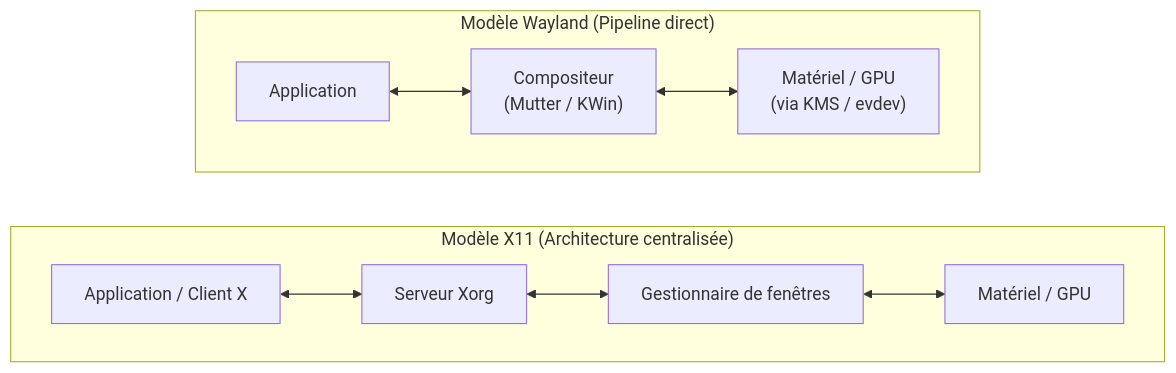
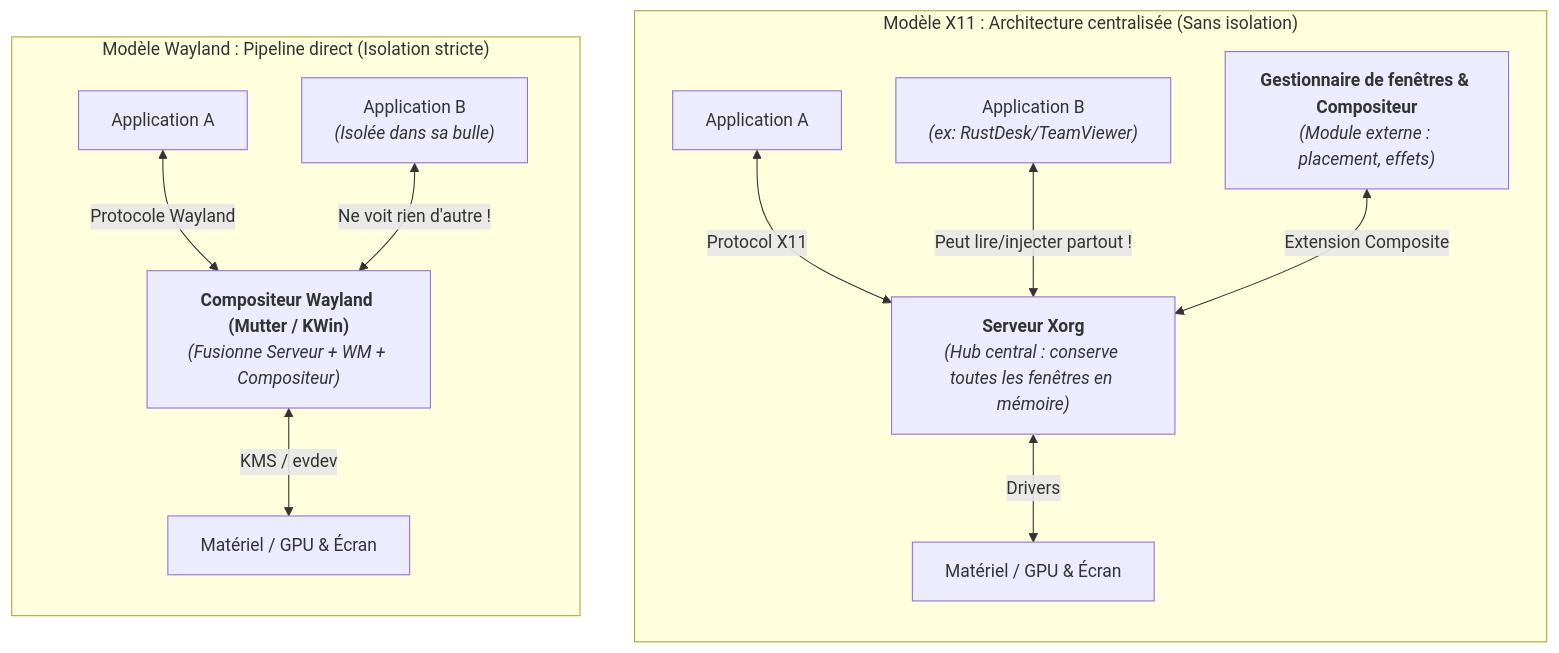
The second of 2 diagrams in docs/da.md (Loris-Kuj0/doc-sio), drawn with Mermaid before and after one commit. The commit also changed other lines of this file, not shown here.

````diff
--- a/docs/da.md
+++ b/docs/da.md
@@ -270,15 +278,17 @@
 ```mermaid
-graph LR
-    subgraph X11 ["Modèle X11 (Architecture centralisée)"]
-        direction LR
-        AppX["Application / Client X"] <--> Xorg["Serveur Xorg"]
-        Xorg <--> WM["Gestionnaire de fenêtres"]
-        WM <--> GPU1["Matériel / GPU"]
+graph TD
+    subgraph X11 ["Modèle X11 : Architecture centralisée (Sans isolation)"]
+        direction TB
+        AppX1["Application A"] <-->|Protocol X11| Xorg
+        AppX2["Application B<br/><i>(ex: RustDesk/TeamViewer)</i>"] <-->|Peut lire/injecter partout !| Xorg["<b>Serveur Xorg</b><br/><i>(Hub central : conserve toutes les fenêtres en mémoire)</i>"]
+        WMX["<b>Gestionnaire de fenêtres & Compositeur</b><br/><i>(Module externe : placement, effets)</i>"] <-->|Extension Composite| Xorg
+        Xorg <-->|Drivers| GPU1["Matériel / GPU & Écran"]
     end
 
-    subgraph Wayland ["Modèle Wayland (Pipeline direct)"]
-        direction LR
-        AppW["Application"] <--> Comp["Compositeur<br/>(Mutter / KWin)"]
-        Comp <--> GPU2["Matériel / GPU<br/>(via KMS / evdev)"]
+    subgraph Wayland ["Modèle Wayland : Pipeline direct (Isolation stricte)"]
+        direction TB
+        AppW1["Application A"] <-->|Protocole Wayland| Comp
+        AppW2["Application B<br/><i>(Isolée dans sa bulle)</i>"] <-->|Ne voit rien d'autre !| Comp["<b>Compositeur Wayland (Mutter / KWin)</b><br/><i>(Fusionne Serveur + WM + Compositeur)</i>"]
+        Comp <-->|KMS / evdev| GPU2["Matériel / GPU & Écran"]
     end
 ```
````
